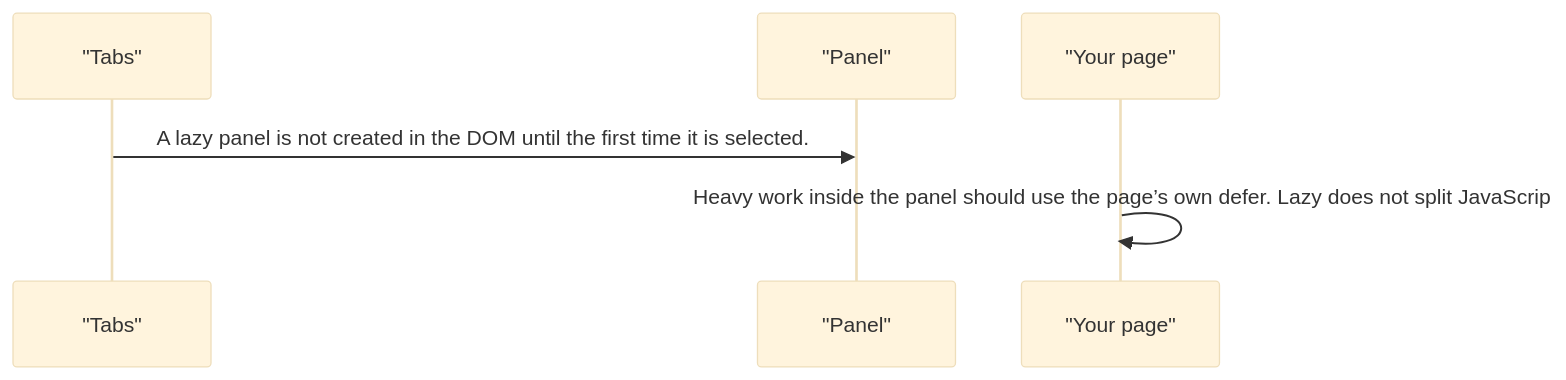
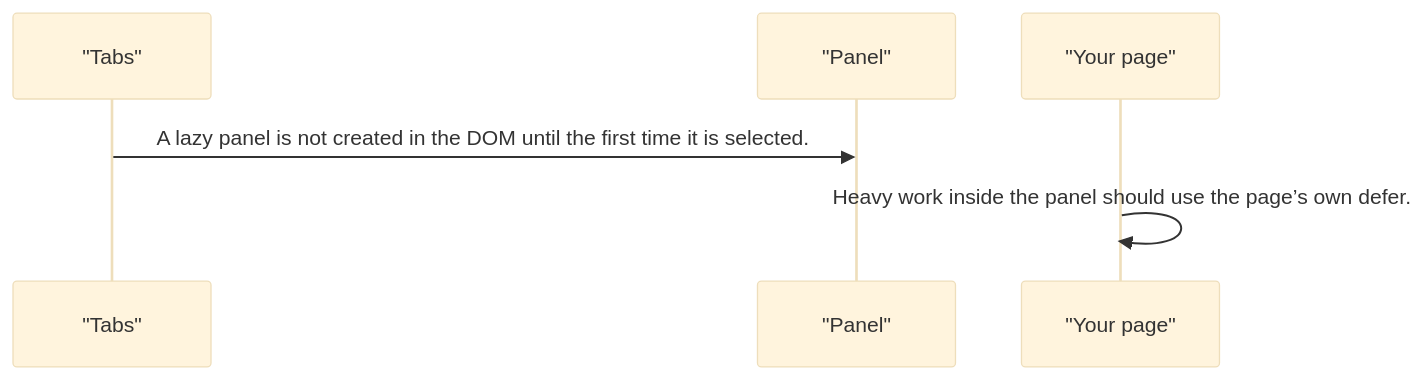
One commit to RajshekharBorate/pixel-ui changed the third of 5 diagrams in projects/pixel-ui/src/lib/pixel-tabs/DESIGN.md. Above: the diagram before and after it, drawn with Mermaid (base theme). The commit also changed other lines of this file and 80 other files, not shown here.

Commit message:
Fill missing design flows and correct the stories that did not match component behavior.

````diff
--- a/projects/pixel-ui/src/lib/pixel-tabs/DESIGN.md
+++ b/projects/pixel-ui/src/lib/pixel-tabs/DESIGN.md
@@ -74,8 +74,8 @@
 ```mermaid
 sequenceDiagram
   participant tabs as "Tabs"
   participant panel as "Panel"
   participant page as "Your page"
   tabs->>panel: A lazy panel is not created in the DOM until the first time it is selected.
-  page->>page: Heavy work inside the panel should use the page’s own defer. Lazy does not split JavaScrip
+  page->>page: Heavy work inside the panel should use the page’s own defer.
 ```
````
